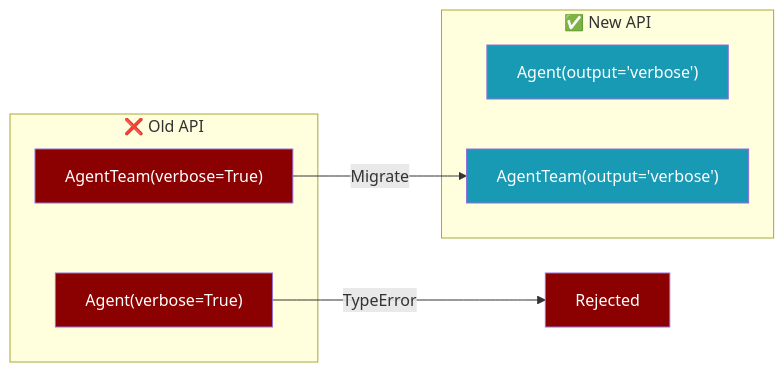
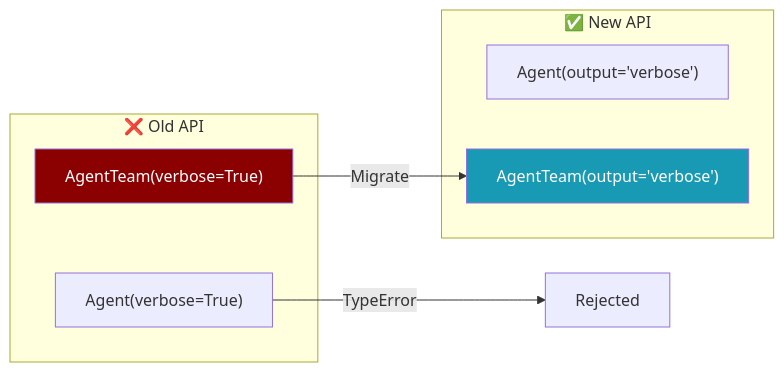
One commit to MervinPraison/PraisonAIDocs changed the third of 3 diagrams in docs/features/migrate.mdx. Above: the diagram before and after it, drawn with Mermaid. The commit also changed other lines of this file and 19 other files, not shown here.

````diff
--- a/docs/features/migrate.mdx
+++ b/docs/features/migrate.mdx
@@ -250,21 +246,18 @@
 ```mermaid
 flowchart LR
     subgraph Old["❌ Old API"]
         A["Agent(verbose=True)"]
         B["AgentTeam(verbose=True)"]
     end
     
     subgraph New["✅ New API"]
         C["Agent(output='verbose')"]
         D["AgentTeam(output='verbose')"]
     end
     
     A -->|"TypeError"| X[Rejected]
     B -->|"Migrate"| D
     
-    style A fill:#8B0000,color:#fff
     style B fill:#8B0000,color:#fff
-    style C fill:#189AB4,color:#fff
     style D fill:#189AB4,color:#fff
-    style X fill:#8B0000,color:#fff
 ```
````
